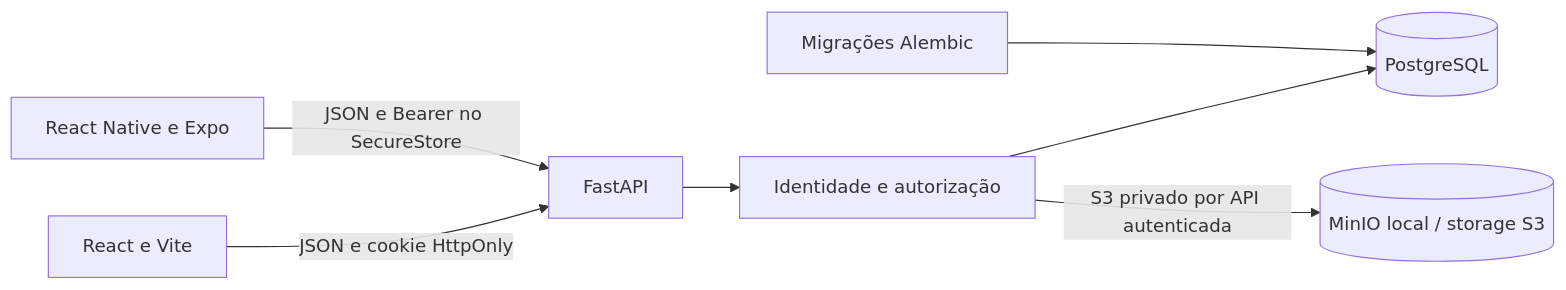
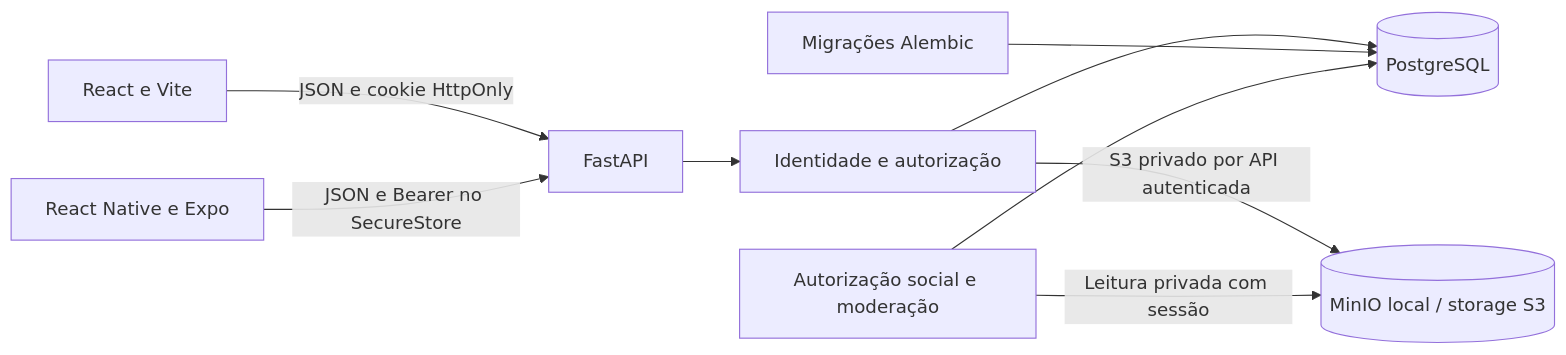
The first of 2 diagrams in docs/diagramas/fundacao.md (davicl04/arena), drawn with Mermaid before and after one commit. The commit also changed other lines of this file and 37 other files, not shown here.

````diff
--- a/docs/diagramas/fundacao.md
+++ b/docs/diagramas/fundacao.md
@@ -5,9 +5,11 @@
 ```mermaid
 flowchart LR
     Web[React e Vite] -->|JSON e cookie HttpOnly| API[FastAPI]
     Mobile[React Native e Expo] -->|JSON e Bearer no SecureStore| API
     API --> Services[Identidade e autorização]
     Services --> DB[(PostgreSQL)]
     Services -->|S3 privado por API autenticada| Media[(MinIO local / storage S3)]
     Alembic[Migrações Alembic] --> DB
+    Social[Autorização social e moderação] --> DB
+    Social -->|Leitura privada com sessão| Media
 ```
````
